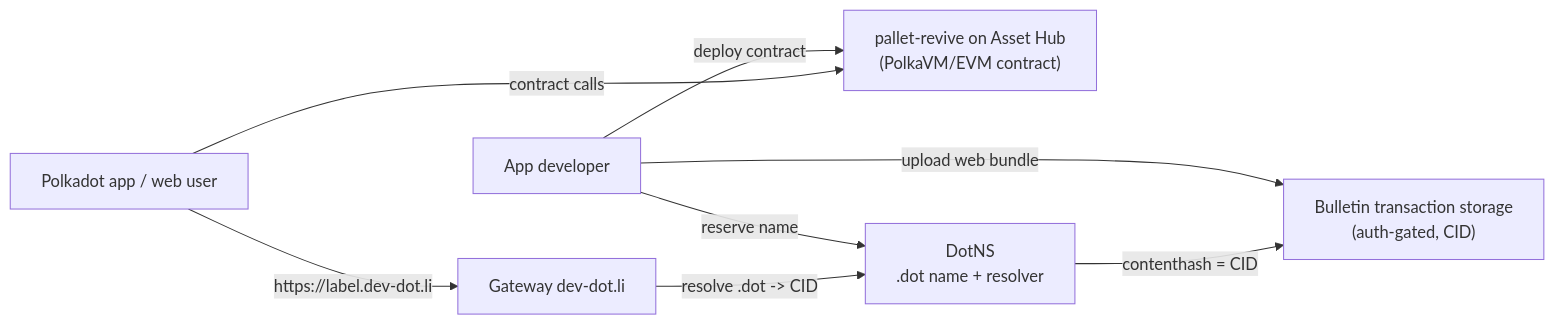
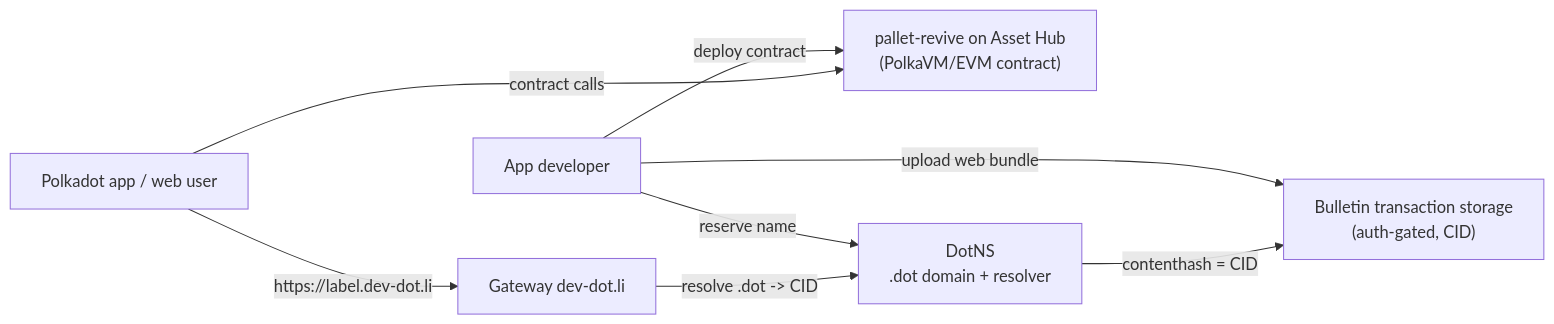
The second of 2 diagrams in docs/architecture/network.md (Polkadot-Community-Foundation/polkadot-app-docs), drawn with Mermaid before and after one commit. The commit also changed other lines of this file and 31 other files, not shown here.

````diff
--- a/docs/architecture/network.md
+++ b/docs/architecture/network.md
@@ -98,16 +98,16 @@
 ```mermaid
 graph LR
   Dev["App developer"]
   Revive["pallet-revive on Asset Hub<br/>(PolkaVM/EVM contract)"]
-  DotNS["DotNS<br/>.dot name + resolver"]
+  DotNS["DotNS<br/>.dot domain + resolver"]
   Store["Bulletin transaction storage<br/>(auth-gated, CID)"]
   GW["Gateway dev-dot.li"]
   User["Polkadot app / web user"]
   Dev -->|deploy contract| Revive
   Dev -->|reserve name| DotNS
   Dev -->|upload web bundle| Store
   DotNS -->|contenthash = CID| Store
   GW -->|resolve .dot -> CID| DotNS
   User -->|https://label.dev-dot.li| GW
   User -->|contract calls| Revive
 ```
````
